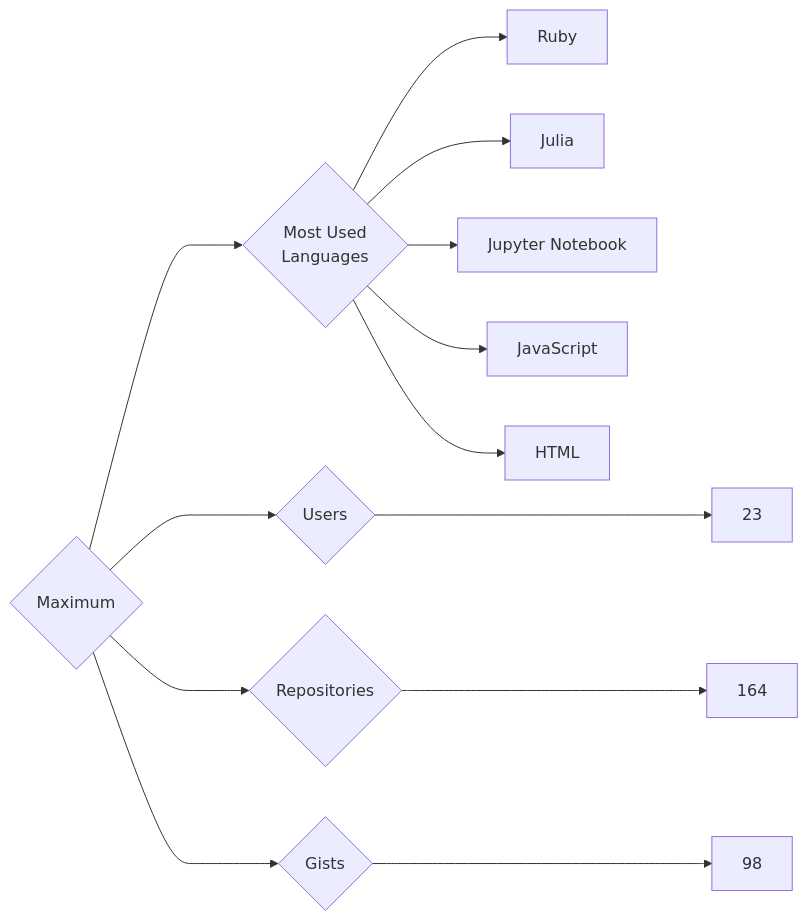
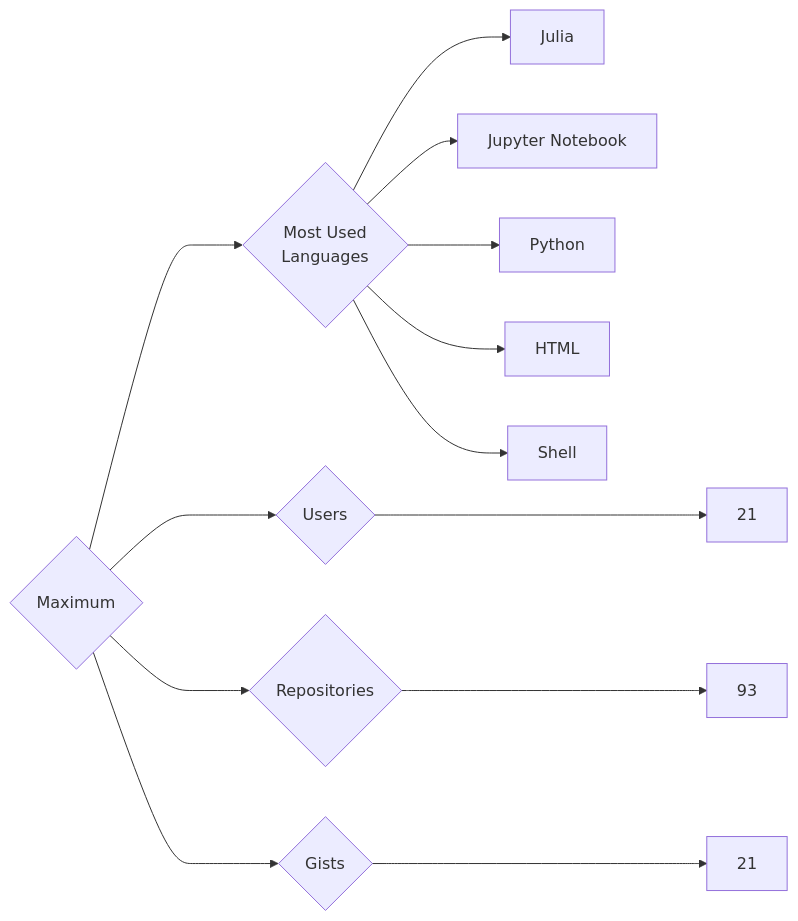
The diagram in targets/Maximum/README.md (trickest/insiders), drawn with Mermaid before and after one commit. The commit also changed 972 other files, not shown here.

````diff
--- a/targets/Maximum/README.md
+++ b/targets/Maximum/README.md
@@ -3,13 +3,13 @@
 ```mermaid
 graph LR
 COMPANY_NAME{Maximum}
-COMPANY_NAME ---> U{Users} ---> UN[23]
-COMPANY_NAME ---> R{Repositories} ---> RN[164]
-COMPANY_NAME ---> G{Gists} ---> GN[98]
+COMPANY_NAME ---> U{Users} ---> UN[21]
+COMPANY_NAME ---> R{Repositories} ---> RN[93]
+COMPANY_NAME ---> G{Gists} ---> GN[21]
 COMPANY_NAME ---> ML{Most Used<br>Languages}
-ML --> Ruby[Ruby]
 ML --> Julia[Julia]
 ML --> Jupyter_Notebook[Jupyter Notebook]
-ML --> JavaScript[JavaScript]
+ML --> Python[Python]
 ML --> HTML[HTML]
+ML --> Shell[Shell]
 ```
````
